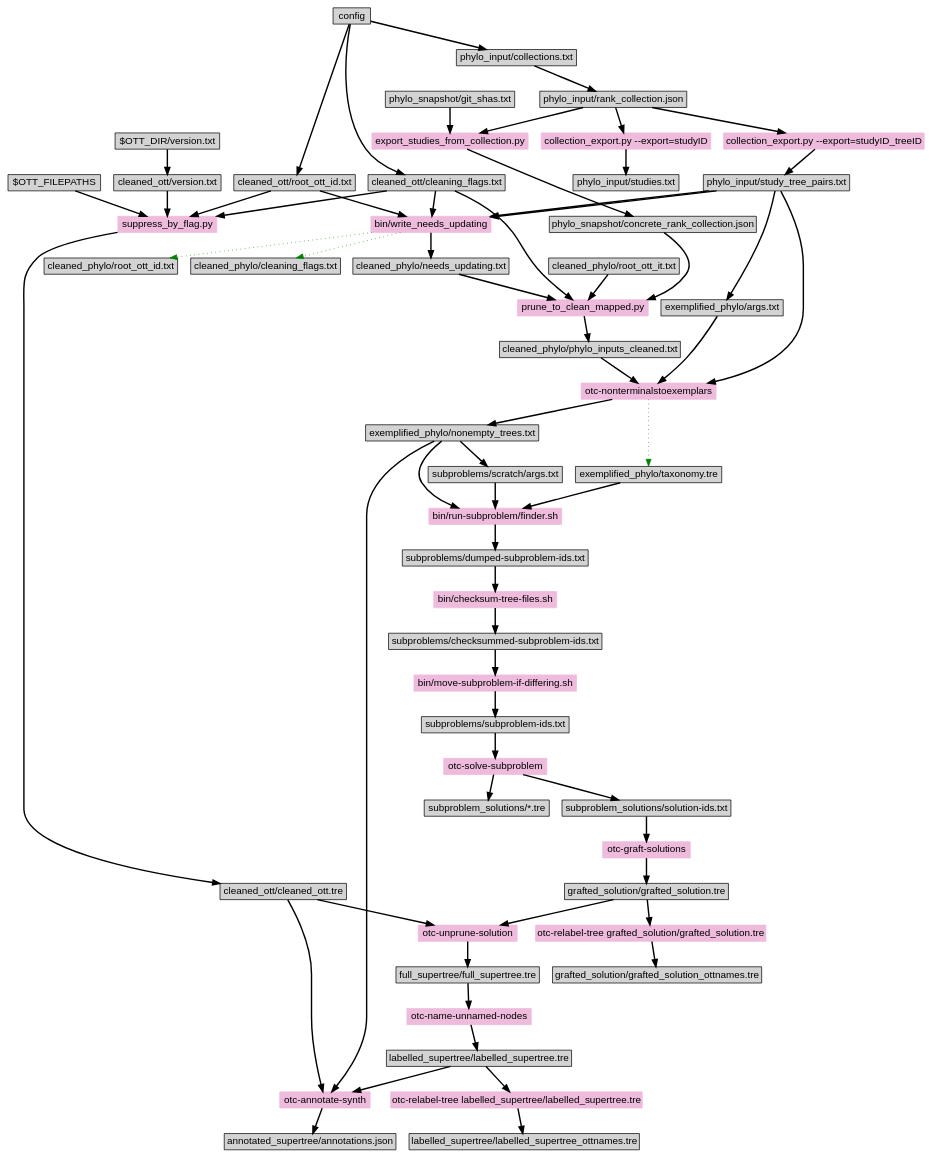
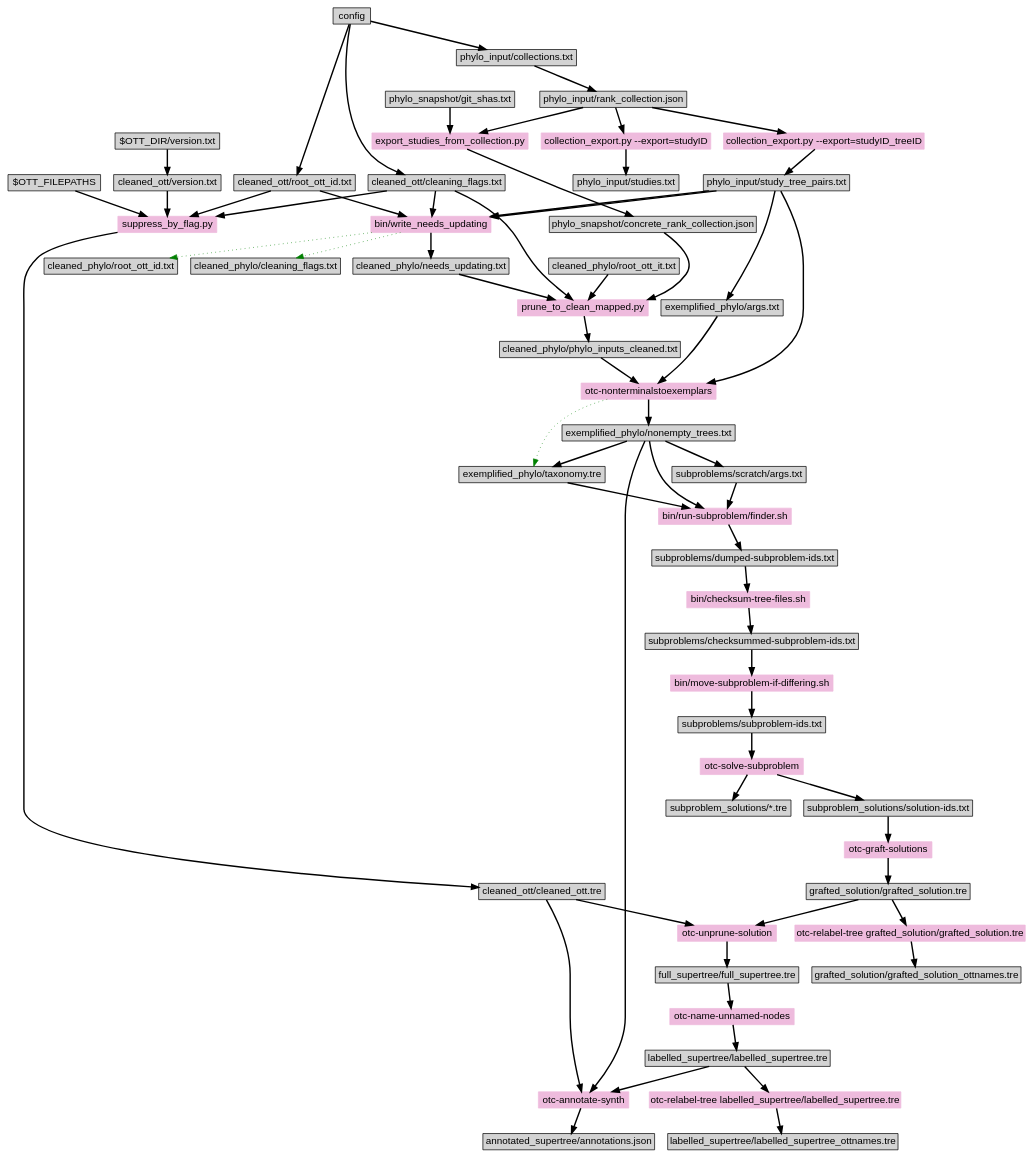
The diagram in doc/makefile-dependencies.dot (OpenTreeOfLife/propinquity), drawn with Graphviz before and after one commit. The commit also changed 1 other file, not shown here.

```diff
--- a/doc/makefile-dependencies.dot
+++ b/doc/makefile-dependencies.dot
@@ -1,111 +1,113 @@
 digraph "make" {
 graph [ranksep=0.25, fontname=Arial,  nodesep=0.25, ranksep=0.5];
 node [fontname=Arial, style=filled, height=0, width=0, shape=box];
 edge [style="setlinewidth(2)"];
 
 config -> "cleaned_ott/root_ott_id.txt"
 config -> "cleaned_ott/cleaning_flags.txt"
 "$OTT_DIR/version.txt" -> "cleaned_ott/version.txt"
 
 "phylo_input/study_tree_pairs.txt" -> "exemplified_phylo/args.txt"
 
 "phylo_input/study_tree_pairs.txt" -> "otc-nonterminalstoexemplars"
 "exemplified_phylo/args.txt" -> "otc-nonterminalstoexemplars"
 "cleaned_phylo/phylo_inputs_cleaned.txt" -> "otc-nonterminalstoexemplars"
 "otc-nonterminalstoexemplars" -> "exemplified_phylo/nonempty_trees.txt"
 "otc-nonterminalstoexemplars" -> "exemplified_phylo/taxonomy.tre" [color=green style=dotted]
 "otc-nonterminalstoexemplars"  [style=filled, color="#EEBBDD"]
+
+"exemplified_phylo/nonempty_trees.txt" -> "exemplified_phylo/taxonomy.tre"
 
 "$OTT_FILEPATHS" -> "suppress_by_flag.py"
 "cleaned_ott/version.txt" ->  "suppress_by_flag.py"
 "cleaned_ott/cleaning_flags.txt" ->  "suppress_by_flag.py"
 "cleaned_ott/root_ott_id.txt" ->  "suppress_by_flag.py"
 "suppress_by_flag.py" [style=filled, color="#EEBBDD"]
 "suppress_by_flag.py" -> "cleaned_ott/cleaned_ott.tre"
 
 "phylo_input/rank_collection.json" -> "collection_export.py --export=studyID"
 "collection_export.py --export=studyID" -> "phylo_input/studies.txt"
 "collection_export.py --export=studyID" [style=filled, color="#EEBBDD"]
 
 "phylo_input/rank_collection.json" -> "collection_export.py --export=studyID_treeID"
 "collection_export.py --export=studyID_treeID" -> "phylo_input/study_tree_pairs.txt"
 "collection_export.py --export=studyID_treeID" [style=filled, color="#EEBBDD"]
 
 "phylo_snapshot/git_shas.txt"
 
 "phylo_snapshot/git_shas.txt" ->  "export_studies_from_collection.py"
 "phylo_input/rank_collection.json" -> "export_studies_from_collection.py"
 "export_studies_from_collection.py" -> "phylo_snapshot/concrete_rank_collection.json"
 "export_studies_from_collection.py"  [style=filled, color="#EEBBDD"]
 
 "cleaned_ott/cleaning_flags.txt" -> "bin/write_needs_updating"
 "cleaned_ott/root_ott_id.txt" -> "bin/write_needs_updating"
 "phylo_input/study_tree_pairs.txt" -> "bin/write_needs_updating"
 "phylo_input/study_tree_pairs.txt" -> "bin/write_needs_updating"
 "bin/write_needs_updating" -> "cleaned_phylo/needs_updating.txt"
 "bin/write_needs_updating" -> "cleaned_phylo/cleaning_flags.txt"  [color=green style=dotted]
 "bin/write_needs_updating" -> "cleaned_phylo/root_ott_id.txt"  [color=green style=dotted]
 "bin/write_needs_updating"   [style=filled, color="#EEBBDD"]
 
 "cleaned_phylo/needs_updating.txt" -> "prune_to_clean_mapped.py"
 "cleaned_ott/cleaning_flags.txt" -> "prune_to_clean_mapped.py"
 "cleaned_phylo/root_ott_it.txt" -> "prune_to_clean_mapped.py"
 "phylo_snapshot/concrete_rank_collection.json" -> "prune_to_clean_mapped.py"
 "prune_to_clean_mapped.py"  [style=filled, color="#EEBBDD"]
 "prune_to_clean_mapped.py" -> "cleaned_phylo/phylo_inputs_cleaned.txt"
 
 
 config -> "phylo_input/collections.txt"
 "phylo_input/collections.txt" -> "phylo_input/rank_collection.json"
 # here is where we need to depend on whether the collections have changed!
 
 "exemplified_phylo/nonempty_trees.txt" -> "subproblems/scratch/args.txt"
 
 "exemplified_phylo/taxonomy.tre" -> "bin/run-subproblem/finder.sh"
 "subproblems/scratch/args.txt" -> "bin/run-subproblem/finder.sh"
 "exemplified_phylo/nonempty_trees.txt" -> "bin/run-subproblem/finder.sh"
 "bin/run-subproblem/finder.sh" [style=filled, color="#EEBBDD"]
 "bin/run-subproblem/finder.sh" -> "subproblems/dumped-subproblem-ids.txt"
 
 "subproblems/dumped-subproblem-ids.txt" -> "bin/checksum-tree-files.sh" 
 "bin/checksum-tree-files.sh" [style=filled, color="#EEBBDD"]
 "bin/checksum-tree-files.sh" -> "subproblems/checksummed-subproblem-ids.txt"
 
 
 "subproblems/checksummed-subproblem-ids.txt" -> "bin/move-subproblem-if-differing.sh" 
 "bin/move-subproblem-if-differing.sh" [style=filled, color="#EEBBDD"]
 "bin/move-subproblem-if-differing.sh" -> "subproblems/subproblem-ids.txt"
 
 "subproblems/subproblem-ids.txt" -> "otc-solve-subproblem"
 "otc-solve-subproblem" [style=filled, color="#EEBBDD"]
 "otc-solve-subproblem" -> "subproblem_solutions/*.tre"
 "otc-solve-subproblem" -> "subproblem_solutions/solution-ids.txt"
 "subproblem_solutions/solution-ids.txt"
 
 "subproblem_solutions/solution-ids.txt" -> "otc-graft-solutions"
 "otc-graft-solutions" [style=filled, color="#EEBBDD"]
 "otc-graft-solutions" -> "grafted_solution/grafted_solution.tre"
 
 "grafted_solution/grafted_solution.tre" -> "otc-relabel-tree grafted_solution/grafted_solution.tre"
 "otc-relabel-tree grafted_solution/grafted_solution.tre" [style=filled, color="#EEBBDD"]
 "otc-relabel-tree grafted_solution/grafted_solution.tre" -> "grafted_solution/grafted_solution_ottnames.tre"
 
 "cleaned_ott/cleaned_ott.tre" -> "otc-unprune-solution"
 "grafted_solution/grafted_solution.tre" -> "otc-unprune-solution"
 "otc-unprune-solution" [style=filled, color="#EEBBDD"]
 "otc-unprune-solution" -> "full_supertree/full_supertree.tre"
 
 "full_supertree/full_supertree.tre" -> "otc-name-unnamed-nodes"
 "otc-name-unnamed-nodes" [style=filled, color="#EEBBDD"]
 "otc-name-unnamed-nodes" -> "labelled_supertree/labelled_supertree.tre"
 
 "labelled_supertree/labelled_supertree.tre" -> "otc-relabel-tree labelled_supertree/labelled_supertree.tre"
 "otc-relabel-tree labelled_supertree/labelled_supertree.tre" [style=filled, color="#EEBBDD"]
 "otc-relabel-tree labelled_supertree/labelled_supertree.tre" -> "labelled_supertree/labelled_supertree_ottnames.tre"
 
 "cleaned_ott/cleaned_ott.tre" -> "otc-annotate-synth"
 "labelled_supertree/labelled_supertree.tre" -> "otc-annotate-synth"
 "exemplified_phylo/nonempty_trees.txt" -> "otc-annotate-synth"
 "otc-annotate-synth" [style=filled, color="#EEBBDD"]
 "otc-annotate-synth" -> "annotated_supertree/annotations.json"
 }
```
